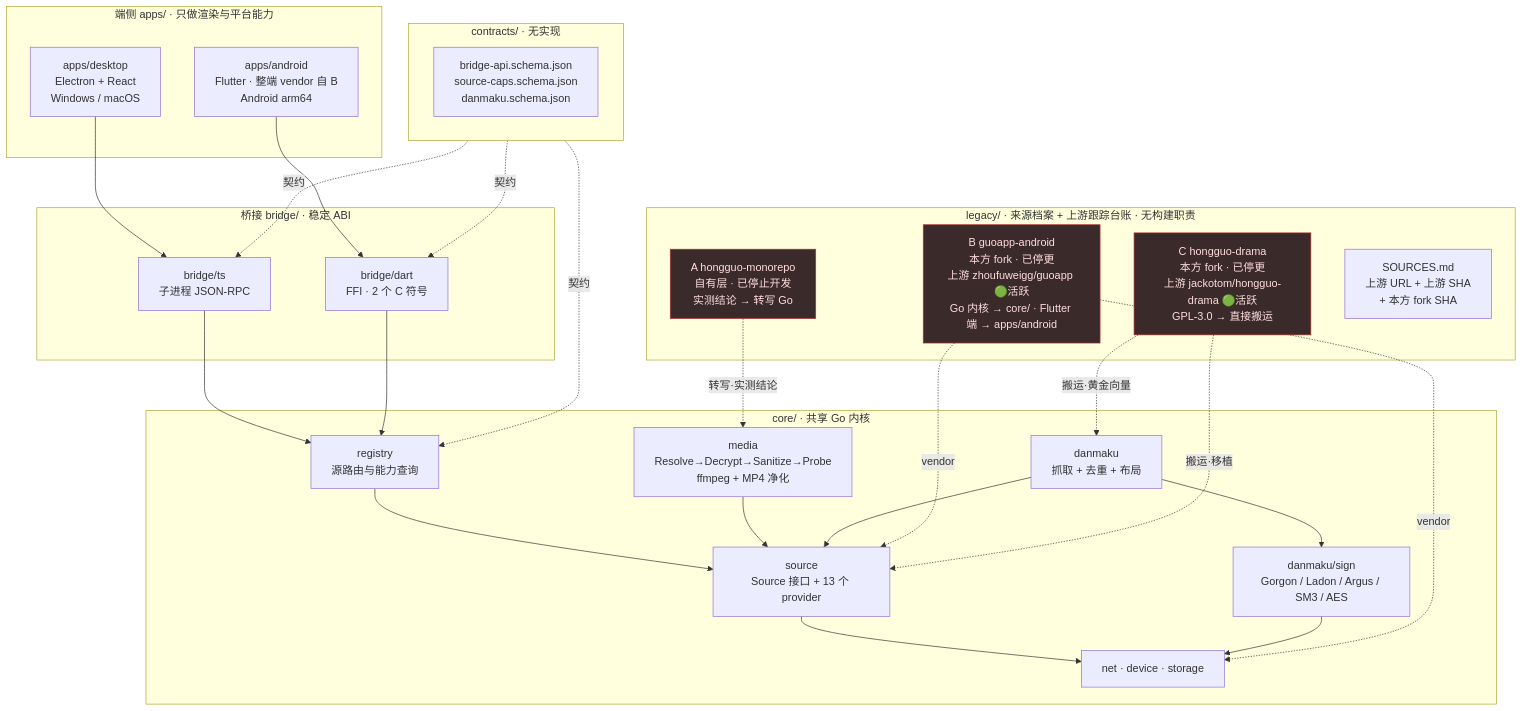
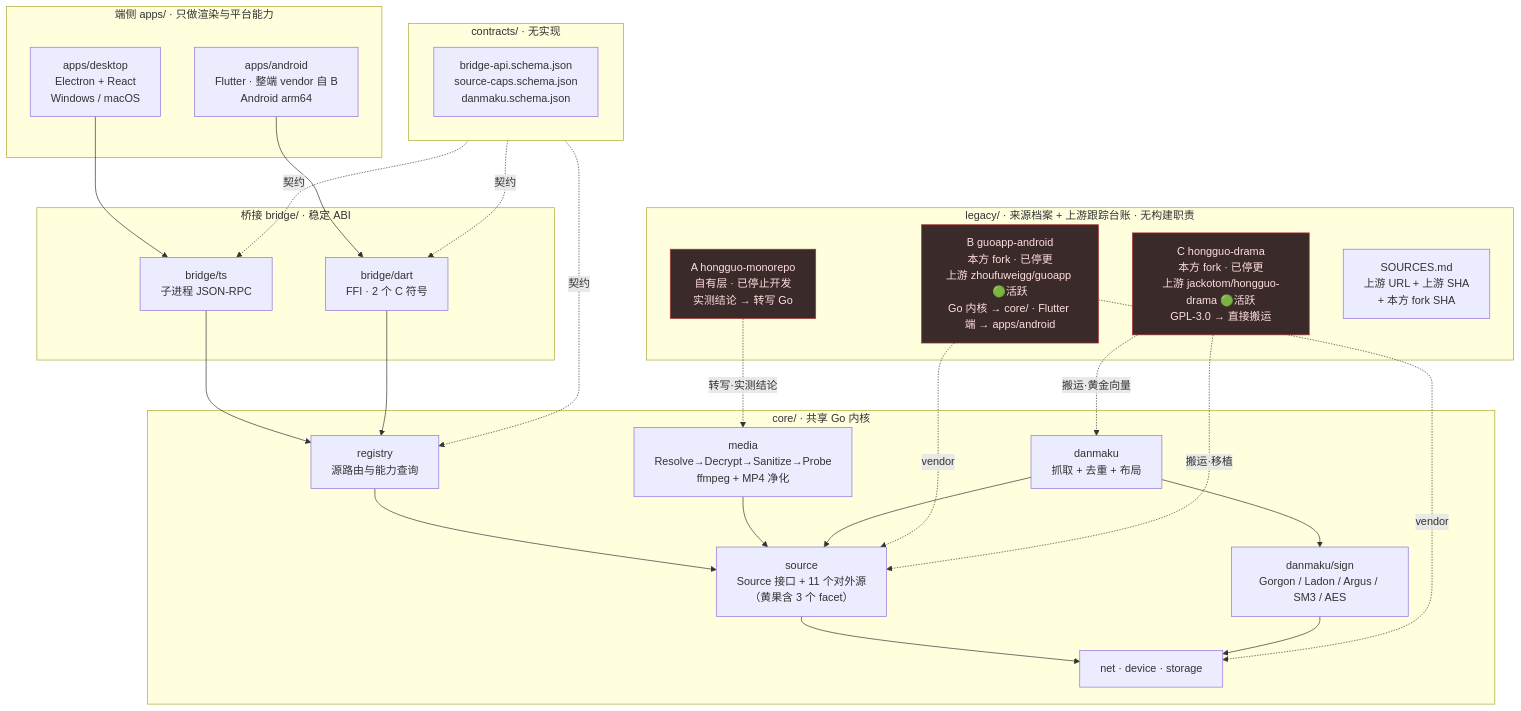
One commit to dawei233/hongguo-next changed the first of 4 diagrams in docs/ARCHITECTURE.md. Above: the diagram before and after it, drawn with Mermaid. The commit also changed other lines of this file and 12 other files, not shown here.

````diff
--- a/docs/ARCHITECTURE.md
+++ b/docs/ARCHITECTURE.md
@@ -319,56 +321,56 @@
 ```mermaid
 flowchart TB
     subgraph Edge["端侧 apps/ · 只做渲染与平台能力"]
         D["apps/desktop<br/>Electron + React<br/>Windows / macOS"]
         A["apps/android<br/>Flutter · 整端 vendor 自 B<br/>Android arm64"]
     end
 
     subgraph Bridge["桥接 bridge/ · 稳定 ABI"]
         JB["bridge/ts<br/>子进程 JSON-RPC"]
         FB["bridge/dart<br/>FFI · 2 个 C 符号"]
     end
 
     subgraph Core["core/ · 共享 Go 内核"]
         RG["registry<br/>源路由与能力查询"]
-        SRC["source<br/>Source 接口 + 13 个 provider"]
+        SRC["source<br/>Source 接口 + 11 个对外源<br/>（黄果含 3 个 facet）"]
         MED["media<br/>Resolve→Decrypt→Sanitize→Probe<br/>ffmpeg + MP4 净化"]
         DM["danmaku<br/>抓取 + 去重 + 布局"]
         SG["danmaku/sign<br/>Gorgon / Ladon / Argus / SM3 / AES"]
         NET["net · device · storage"]
     end
 
     subgraph Contract["contracts/ · 无实现"]
         CS["bridge-api.schema.json<br/>source-caps.schema.json<br/>danmaku.schema.json"]
     end
 
     subgraph Legacy["legacy/ · 来源档案 + 上游跟踪台账 · 无构建职责"]
         LA["A hongguo-monorepo<br/>自有层 · 已停止开发<br/>实测结论 → 转写 Go"]
         LB["B guoapp-android<br/>本方 fork · 已停更<br/>上游 zhoufuweigg/guoapp 🟢活跃<br/>Go 内核 → core/ · Flutter 端 → apps/android"]
         LC["C hongguo-drama<br/>本方 fork · 已停更<br/>上游 jackotom/hongguo-drama 🟢活跃<br/>GPL-3.0 → 直接搬运"]
         LS["SOURCES.md<br/>上游 URL + 上游 SHA<br/>+ 本方 fork SHA"]
     end
 
     D --> JB
     A --> FB
     JB --> RG
     FB --> RG
     RG --> SRC
     SRC --> NET
     MED --> SRC
     DM --> SRC
     DM --> SG
     SG --> NET
 
     Contract -.契约.-> JB
     Contract -.契约.-> FB
     Contract -.契约.-> RG
 
     LA -.转写·实测结论.-> MED
     LB -.vendor.-> SRC
     LB -.vendor.-> NET
     LC -.搬运·移植.-> SRC
     LC -.搬运·黄金向量.-> DM
 
     classDef legacy fill:#3a2a2a,stroke:#a33,color:#fdd
     class LA,LB,LC legacy
 ```
````
